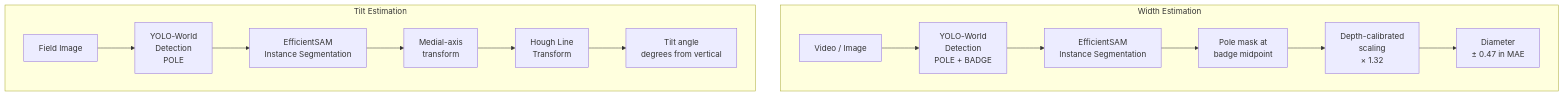
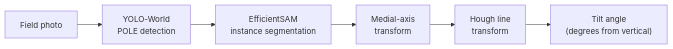
One commit to ashish-code/utility-pole-ai-photogrammetry changed the second of 2 diagrams in README.md. Above: the diagram before and after it, drawn with Mermaid. The commit also changed other lines of this file and 6 other files, not shown here.

````diff
--- a/README.md
+++ b/README.md
@@ -30,18 +103,8 @@
 ```mermaid
-flowchart TD
-    subgraph Width Estimation
-        V[Video / Image] --> YW1[YOLO-World\nDetection\nPOLE + BADGE]
-        YW1 --> SAM1[EfficientSAM\nInstance Segmentation]
-        SAM1 --> DM[Pole mask at\nbadge midpoint]
-        DM --> SC[Depth-calibrated\nscaling\n× 1.32]
-        SC --> OUT1[Diameter\n± 0.47 in MAE]
-    end
-
-    subgraph Tilt Estimation
-        I[Field Image] --> YW2[YOLO-World\nDetection\nPOLE]
-        YW2 --> SAM2[EfficientSAM\nInstance Segmentation]
-        SAM2 --> MA[Medial-axis\ntransform]
-        MA --> HT[Hough Line\nTransform]
-        HT --> OUT2[Tilt angle\ndegrees from vertical]
-    end
+flowchart LR
+    I[Field photo] --> YW[YOLO-World\nPOLE detection]
+    YW --> SAM[EfficientSAM\ninstance segmentation]
+    SAM --> MA[Medial-axis\ntransform]
+    MA --> HT[Hough line\ntransform]
+    HT --> OUT["Tilt angle\n(degrees from vertical)"]
 ```
````
